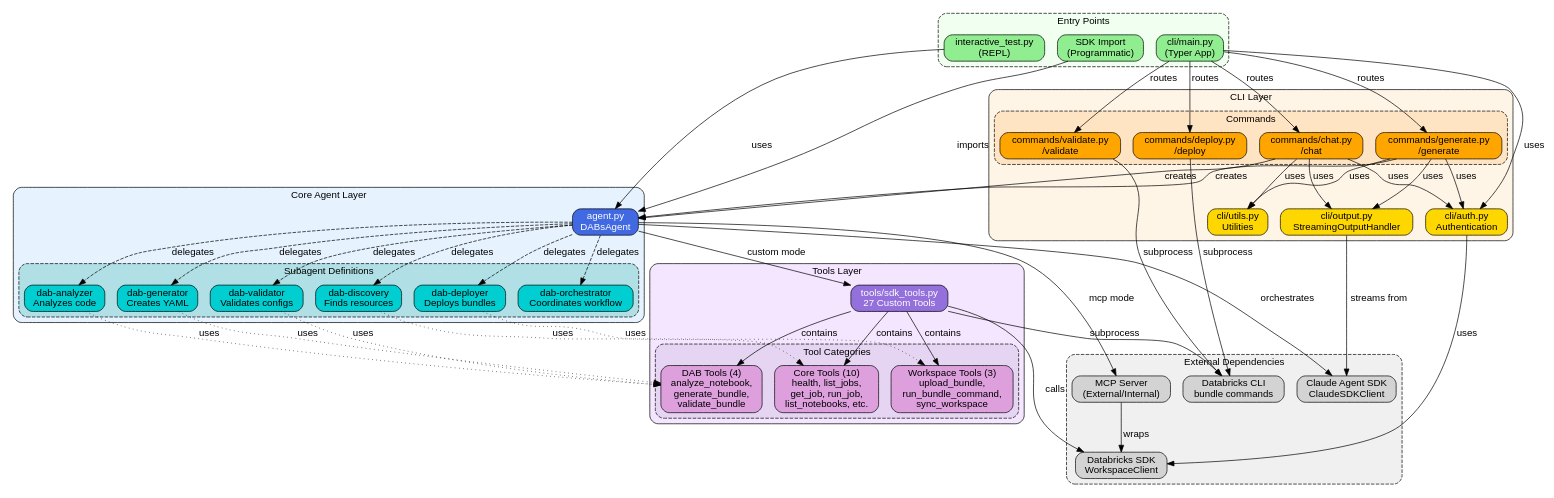
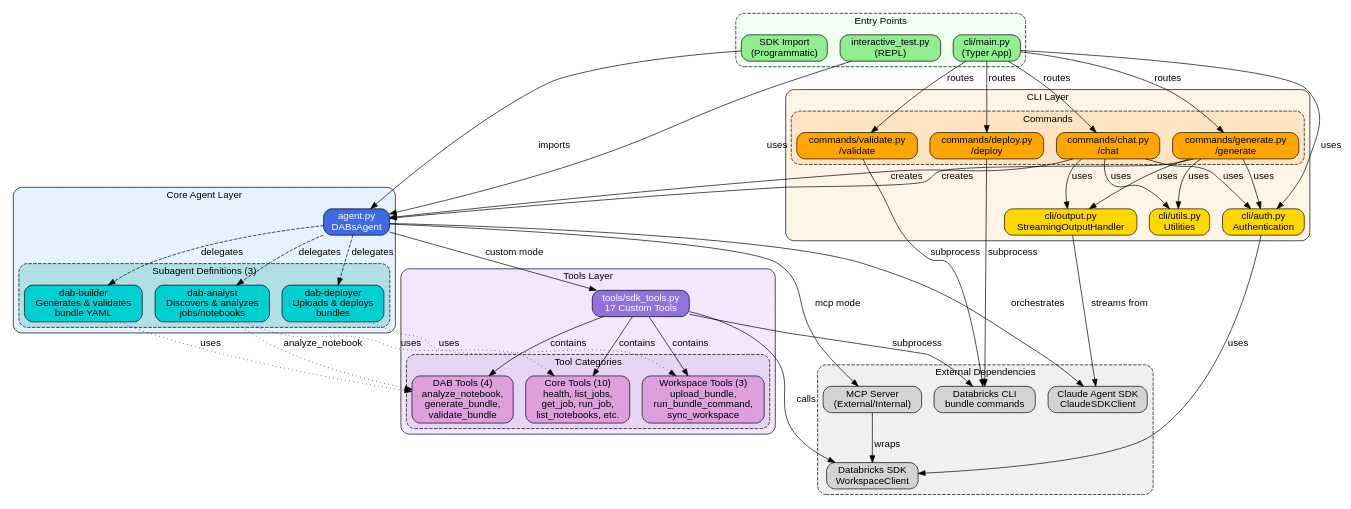
Before and after one commit to alexmillerdb/dabs-copilot: the diagram in docs/architecture.dot, drawn with Graphviz. The commit also changed 12 other files, not shown here.

First line of the commit message:
refactor: Simplify agent architecture and improve code quality

```diff
--- a/docs/architecture.dot
+++ b/docs/architecture.dot
@@ -1,160 +1,153 @@
 digraph DABsCopilot {
     rankdir=TB;
     compound=true;
     fontname="Helvetica";
     node [fontname="Helvetica", shape=box, style="rounded,filled"];
     edge [fontname="Helvetica"];
 
     // Color scheme
     // Entry points: green
     // Core modules: blue
     // CLI modules: orange
     // Tools: purple
     // Subagents: cyan
     // External: gray
 
     // ============ ENTRY POINTS ============
     subgraph cluster_entry {
         label="Entry Points";
         style="rounded,dashed";
         bgcolor="#f0fff0";
 
         cli_main [label="cli/main.py\n(Typer App)", fillcolor="#90EE90"];
         interactive_test [label="interactive_test.py\n(REPL)", fillcolor="#90EE90"];
         sdk_entry [label="SDK Import\n(Programmatic)", fillcolor="#90EE90"];
     }
 
     // ============ CLI LAYER ============
     subgraph cluster_cli {
         label="CLI Layer";
         style="rounded";
         bgcolor="#fff5e6";
 
         subgraph cluster_commands {
             label="Commands";
             style="rounded,dashed";
             bgcolor="#ffe4c4";
 
             cmd_chat [label="commands/chat.py\n/chat", fillcolor="#FFA500"];
             cmd_generate [label="commands/generate.py\n/generate", fillcolor="#FFA500"];
             cmd_validate [label="commands/validate.py\n/validate", fillcolor="#FFA500"];
             cmd_deploy [label="commands/deploy.py\n/deploy", fillcolor="#FFA500"];
         }
 
         cli_auth [label="cli/auth.py\nAuthentication", fillcolor="#FFD700"];
         cli_utils [label="cli/utils.py\nUtilities", fillcolor="#FFD700"];
         cli_output [label="cli/output.py\nStreamingOutputHandler", fillcolor="#FFD700"];
     }
 
     // ============ CORE AGENT ============
     subgraph cluster_core {
         label="Core Agent Layer";
         style="rounded";
         bgcolor="#e6f3ff";
 
         agent [label="agent.py\nDABsAgent", fillcolor="#4169E1", fontcolor="white"];
 
         subgraph cluster_subagents {
-            label="Subagent Definitions";
+            label="Subagent Definitions (3)";
             style="rounded,dashed";
             bgcolor="#b0e0e6";
 
-            sa_orchestrator [label="dab-orchestrator\nCoordinates workflow", fillcolor="#00CED1"];
-            sa_discovery [label="dab-discovery\nFinds resources", fillcolor="#00CED1"];
-            sa_analyzer [label="dab-analyzer\nAnalyzes code", fillcolor="#00CED1"];
-            sa_generator [label="dab-generator\nCreates YAML", fillcolor="#00CED1"];
-            sa_validator [label="dab-validator\nValidates configs", fillcolor="#00CED1"];
-            sa_deployer [label="dab-deployer\nDeploys bundles", fillcolor="#00CED1"];
+            sa_analyst [label="dab-analyst\nDiscovers & analyzes\njobs/notebooks", fillcolor="#00CED1"];
+            sa_builder [label="dab-builder\nGenerates & validates\nbundle YAML", fillcolor="#00CED1"];
+            sa_deployer [label="dab-deployer\nUploads & deploys\nbundles", fillcolor="#00CED1"];
         }
     }
 
     // ============ TOOLS LAYER ============
     subgraph cluster_tools {
         label="Tools Layer";
         style="rounded";
         bgcolor="#f5e6ff";
 
-        sdk_tools [label="tools/sdk_tools.py\n27 Custom Tools", fillcolor="#9370DB", fontcolor="white"];
+        sdk_tools [label="tools/sdk_tools.py\n17 Custom Tools", fillcolor="#9370DB", fontcolor="white"];
 
         subgraph cluster_tool_categories {
             label="Tool Categories";
             style="rounded,dashed";
             bgcolor="#e6d5f2";
 
             tools_core [label="Core Tools (10)\nhealth, list_jobs,\nget_job, run_job,\nlist_notebooks, etc.", fillcolor="#DDA0DD"];
             tools_dab [label="DAB Tools (4)\nanalyze_notebook,\ngenerate_bundle,\nvalidate_bundle", fillcolor="#DDA0DD"];
             tools_workspace [label="Workspace Tools (3)\nupload_bundle,\nrun_bundle_command,\nsync_workspace", fillcolor="#DDA0DD"];
         }
     }
 
     // ============ EXTERNAL DEPENDENCIES ============
     subgraph cluster_external {
         label="External Dependencies";
         style="rounded,dashed";
         bgcolor="#f0f0f0";
 
         claude_sdk [label="Claude Agent SDK\nClaudeSDKClient", fillcolor="#D3D3D3"];
         databricks_sdk [label="Databricks SDK\nWorkspaceClient", fillcolor="#D3D3D3"];
         mcp_server [label="MCP Server\n(External/Internal)", fillcolor="#D3D3D3"];
         databricks_cli [label="Databricks CLI\nbundle commands", fillcolor="#D3D3D3"];
     }
 
     // ============ CONNECTIONS ============
 
     // Entry point connections
     cli_main -> cmd_chat [label="routes"];
     cli_main -> cmd_generate [label="routes"];
     cli_main -> cmd_validate [label="routes"];
     cli_main -> cmd_deploy [label="routes"];
     cli_main -> cli_auth [label="uses"];
 
     interactive_test -> agent [label="uses"];
     sdk_entry -> agent [label="imports"];
 
     // CLI internal connections
     cmd_chat -> agent [label="creates"];
     cmd_chat -> cli_output [label="uses"];
     cmd_chat -> cli_auth [label="uses"];
     cmd_chat -> cli_utils [label="uses"];
 
     cmd_generate -> agent [label="creates"];
     cmd_generate -> cli_output [label="uses"];
     cmd_generate -> cli_auth [label="uses"];
     cmd_generate -> cli_utils [label="uses"];
 
     cmd_validate -> databricks_cli [label="subprocess"];
     cmd_deploy -> databricks_cli [label="subprocess"];
 
     cli_auth -> databricks_sdk [label="uses"];
     cli_output -> claude_sdk [label="streams from"];
 
     // Agent connections
     agent -> claude_sdk [label="orchestrates"];
     agent -> sdk_tools [label="custom mode"];
     agent -> mcp_server [label="mcp mode"];
 
-    agent -> sa_orchestrator [label="delegates", style="dashed"];
-    agent -> sa_discovery [label="delegates", style="dashed"];
-    agent -> sa_analyzer [label="delegates", style="dashed"];
-    agent -> sa_generator [label="delegates", style="dashed"];
-    agent -> sa_validator [label="delegates", style="dashed"];
+    agent -> sa_analyst [label="delegates", style="dashed"];
+    agent -> sa_builder [label="delegates", style="dashed"];
     agent -> sa_deployer [label="delegates", style="dashed"];
 
     // Subagent tool access
-    sa_discovery -> tools_core [label="uses", style="dotted"];
-    sa_analyzer -> tools_dab [label="uses", style="dotted"];
-    sa_generator -> tools_dab [label="uses", style="dotted"];
-    sa_validator -> tools_dab [label="uses", style="dotted"];
+    sa_analyst -> tools_core [label="uses", style="dotted"];
+    sa_analyst -> tools_dab [label="analyze_notebook", style="dotted"];
+    sa_builder -> tools_dab [label="uses", style="dotted"];
     sa_deployer -> tools_workspace [label="uses", style="dotted"];
 
     // Tool connections
     sdk_tools -> tools_core [label="contains"];
     sdk_tools -> tools_dab [label="contains"];
     sdk_tools -> tools_workspace [label="contains"];
 
     sdk_tools -> databricks_sdk [label="calls"];
     sdk_tools -> databricks_cli [label="subprocess"];
 
     // MCP server connection
     mcp_server -> databricks_sdk [label="wraps"];
 }
```
